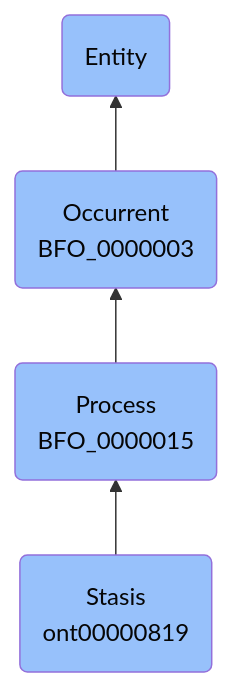
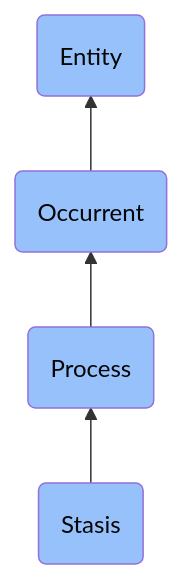
One commit to jupyter-naas/abi changed the diagram in docs/ontology/reference/model/Entity/Occurrent/Process/Stasis/Stasis.md. Above: the diagram before and after it, drawn with Mermaid. The commit also changed other lines of this file and 1430 other files, not shown here.

````diff
--- a/docs/ontology/reference/model/Entity/Occurrent/Process/Stasis/Stasis.md
+++ b/docs/ontology/reference/model/Entity/Occurrent/Process/Stasis/Stasis.md
@@ -24,11 +24,11 @@
 ```mermaid
 graph BT
-    ont00000819(Stasis<br>ont00000819):::BFO-->BFO_0000015
-    BFO_0000015(Process<br>BFO_0000015):::BFO-->BFO_0000003
-    BFO_0000003(Occurrent<br>BFO_0000003):::BFO-->BFO_0000001
+    ont00000819(Stasis):::BFO-->BFO_0000015
+    BFO_0000015(Process):::BFO-->BFO_0000003
+    BFO_0000003(Occurrent):::BFO-->BFO_0000001
     BFO_0000001(Entity):::BFO
     
     classDef BFO fill:#97c1fb,color:#060606
     classDef CCO fill:#e4c51e,color:#060606
     classDef ABI fill:#48DD82,color:#060606
 ```
````
